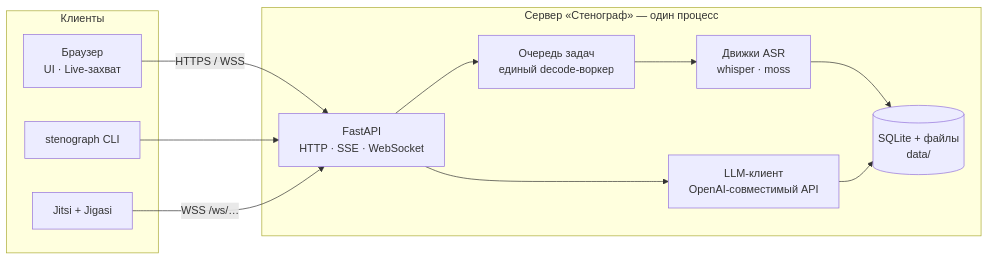
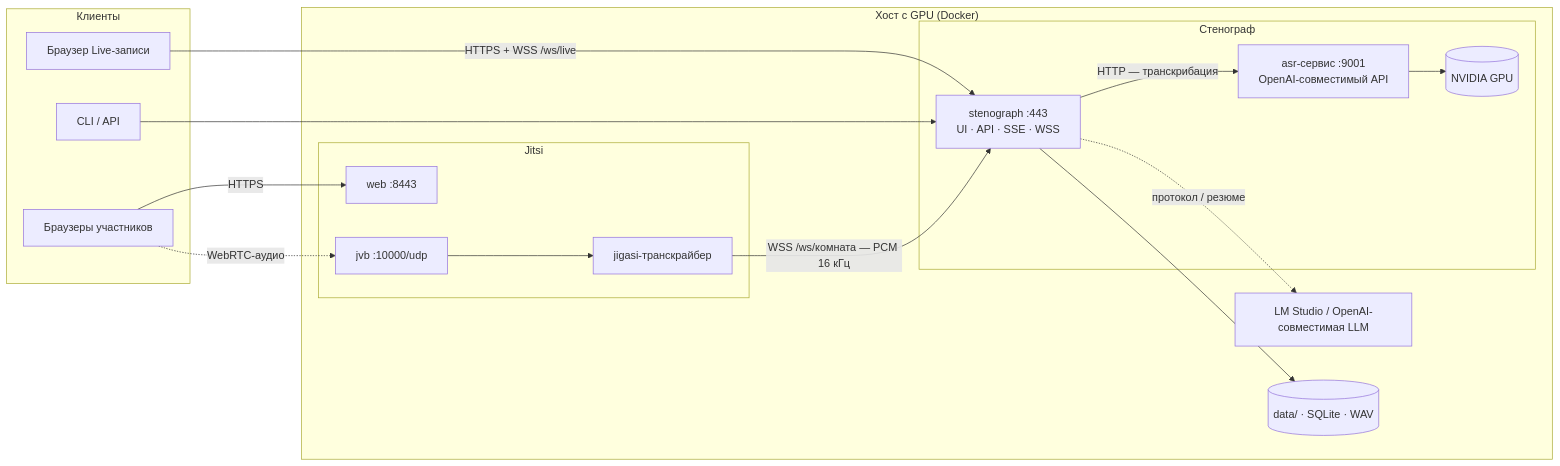
The first of 3 diagrams in README.md (mbiuib/Stenograph), drawn with Mermaid before and after one commit. The commit also changed other lines of this file and 5 other files, not shown here.

````diff
--- a/README.md
+++ b/README.md
@@ -54,20 +41,34 @@
 ```mermaid
 flowchart LR
     subgraph clients["Клиенты"]
-        browser["Браузер<br/>UI · Live-захват"]
-        cli["stenograph CLI"]
-        jigasi_client["Jitsi + Jigasi"]
+        guests["Браузеры участников"]
+        live_user["Браузер Live-записи"]
+        cli["CLI / API"]
     end
-    subgraph server["Сервер «Стенограф» — один процесс"]
-        api["FastAPI<br/>HTTP · SSE · WebSocket"]
-        queue["Очередь задач<br/>единый decode-воркер"]
-        engines["Движки ASR<br/>whisper · moss"]
-        llm["LLM-клиент<br/>OpenAI-совместимый API"]
-        store[("SQLite + файлы<br/>data/")]
+
+    subgraph host["Хост с GPU (Docker)"]
+        subgraph jitsi["Jitsi"]
+            web["web :8443"]
+            jvb["jvb :10000/udp"]
+            jigasi["jigasi-транскрайбер"]
+        end
+        subgraph st["Стенограф"]
+            server["stenograph :443<br/>UI · API · SSE · WSS"]
+            asr["asr-сервис :9001<br/>OpenAI-совместимый API"]
+            gpu[("NVIDIA GPU")]
+        end
+        llm["LM Studio / OpenAI-совместимая LLM"]
+        store[("data/ · SQLite · WAV")]
     end
-    browser -- "HTTPS / WSS" --> api
-    cli --> api
-    jigasi_client -- "WSS /ws/…" --> api
-    api --> queue --> engines --> store
-    api --> llm --> store
+
+    guests -- "HTTPS" --> web
+    guests -.->|"WebRTC-аудио"| jvb
+    live_user -- "HTTPS + WSS /ws/live" --> server
+    cli --> server
+    jvb --> jigasi
+    jigasi -- "WSS /ws/комната — PCM 16 кГц" --> server
+    server -- "HTTP — транскрибация" --> asr
+    asr --> gpu
+    server -. "протокол / резюме" .-> llm
+    server --> store
 ```
````
